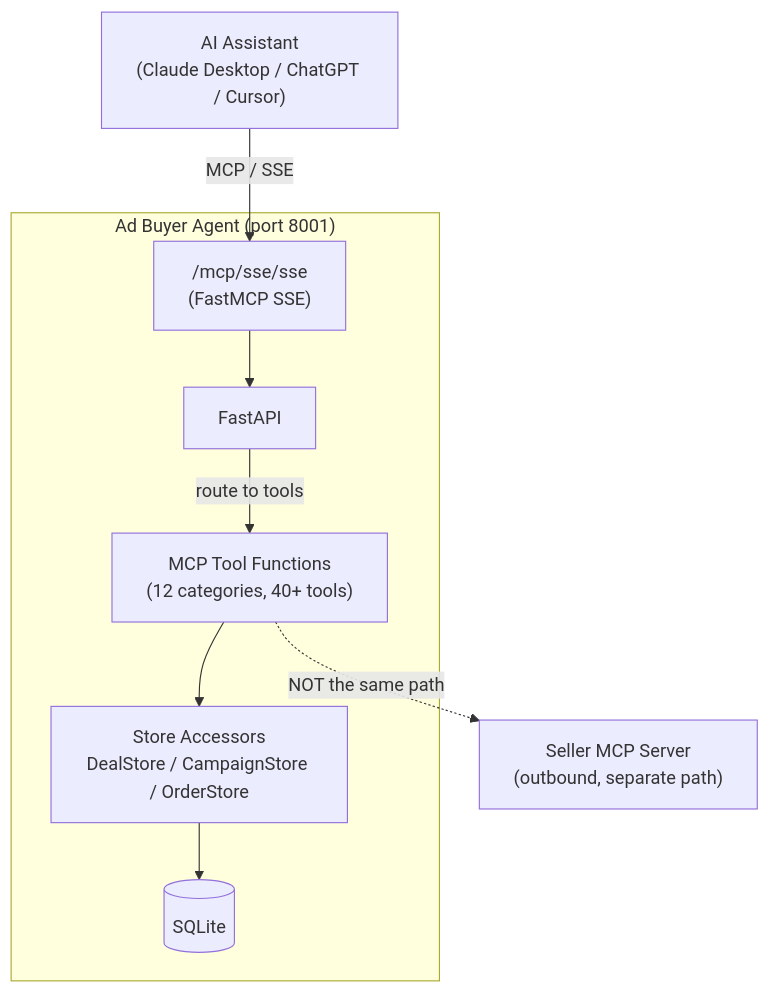
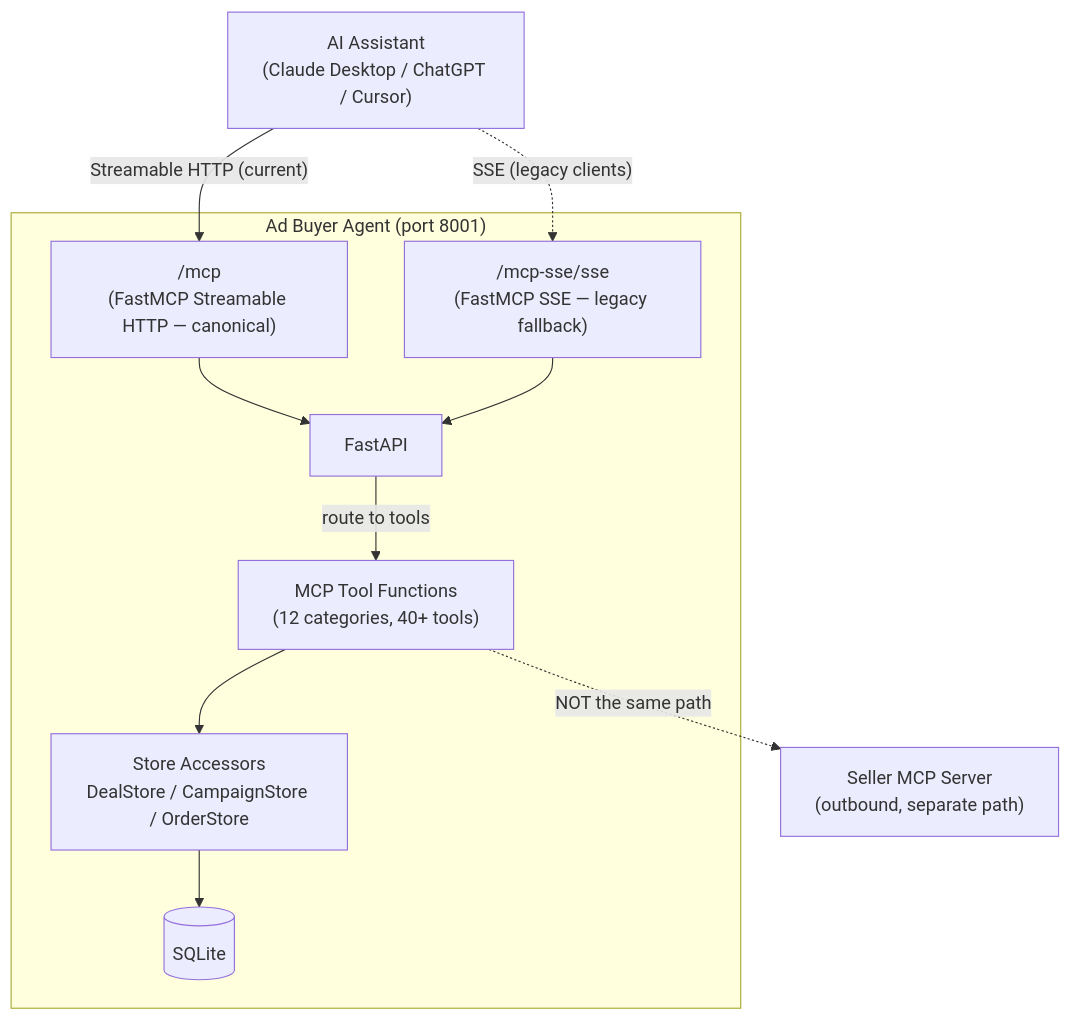
One commit to IABTechLab/buyer-agent changed the diagram in docs/architecture/mcp-server.md. Above: the diagram before and after it, drawn with Mermaid. The commit also changed other lines of this file and 8 other files, not shown here.

First line of the commit message:
Restore SSE legacy + update tests + docs after PR #83 (#85)

````diff
--- a/docs/architecture/mcp-server.md
+++ b/docs/architecture/mcp-server.md
@@ -112,21 +114,24 @@
 ```mermaid
 graph TB
     AI["AI Assistant<br/>(Claude Desktop / ChatGPT / Cursor)"]
 
     subgraph BuyerAgent["Ad Buyer Agent (port 8001)"]
         FastAPI["FastAPI"]
-        SSE["/mcp/sse/sse<br/>(FastMCP SSE)"]
+        StreamableHTTP["/mcp<br/>(FastMCP Streamable HTTP — canonical)"]
+        SSE["/mcp-sse/sse<br/>(FastMCP SSE — legacy fallback)"]
         Tools["MCP Tool Functions<br/>(12 categories, 40+ tools)"]
         Stores["Store Accessors<br/>DealStore / CampaignStore / OrderStore"]
         DB[(SQLite)]
     end
 
     SellerMCP["Seller MCP Server<br/>(outbound, separate path)"]
 
-    AI -->|"MCP / SSE"| SSE
+    AI -->|"Streamable HTTP (current)"| StreamableHTTP
+    AI -.->|"SSE (legacy clients)"| SSE
+    StreamableHTTP --> FastAPI
     SSE --> FastAPI
     FastAPI -->|"route to tools"| Tools
     Tools --> Stores
     Stores --> DB
     Tools -.->|"NOT the same path"| SellerMCP
 ```
````
